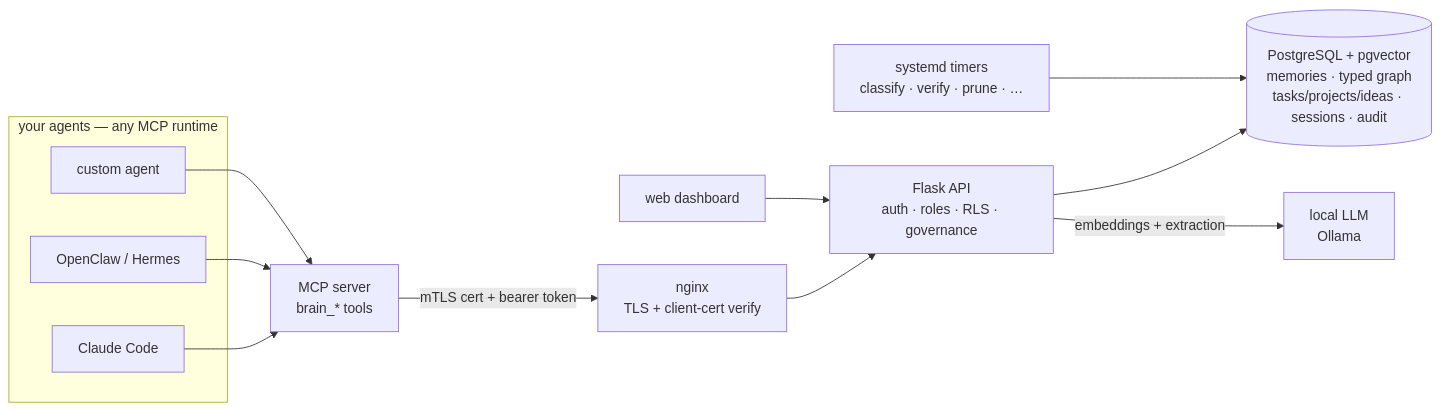
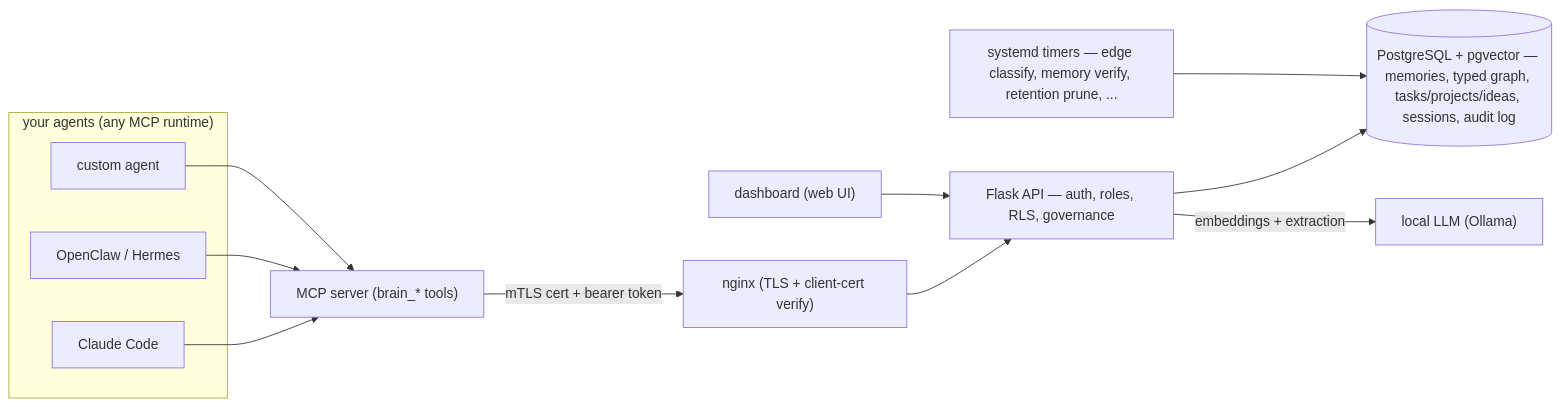
Before and after one commit to aurelius86/fleetmem: the diagram in README.md, drawn with Mermaid. The commit also changed other lines of this file and 21 other files, not shown here.

````diff
--- a/README.md
+++ b/README.md
@@ -181,17 +194,17 @@
 ```mermaid
 flowchart LR
-    subgraph agents["your agents — any MCP runtime"]
+    subgraph agents["your agents (any MCP runtime)"]
         A1["Claude Code"]
         A2["OpenClaw / Hermes"]
         A3["custom agent"]
     end
-    A1 --> M["MCP server<br/>brain_* tools"]
+    A1 --> M["MCP server (brain_* tools)"]
     A2 --> M
     A3 --> M
-    M -- "mTLS cert + bearer token" --> N["nginx<br/>TLS + client-cert verify"]
-    N --> API["Flask API<br/>auth · roles · RLS · governance"]
-    API --> PG[("PostgreSQL + pgvector<br/>memories · typed graph<br/>tasks/projects/ideas · sessions · audit")]
-    API -- "embeddings + extraction" --> LLM["local LLM<br/>Ollama"]
-    DASH["web dashboard"] --> API
-    TIMERS["systemd timers<br/>classify · verify · prune · …"] --> PG
+    M -- "mTLS cert + bearer token" --> N["nginx (TLS + client-cert verify)"]
+    N --> API["Flask API — auth, roles, RLS, governance"]
+    API --> PG[("PostgreSQL + pgvector — memories, typed graph, tasks/projects/ideas, sessions, audit log")]
+    API -- "embeddings + extraction" --> LLM["local LLM (Ollama)"]
+    DASH["dashboard (web UI)"] --> API
+    TIMERS["systemd timers — edge classify, memory verify, retention prune, ..."] --> PG
 ```
````
